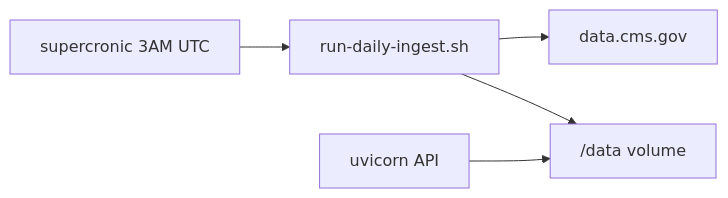
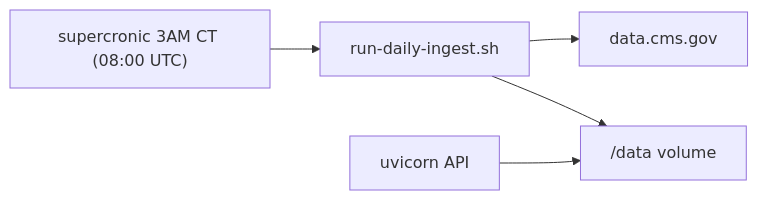
Before and after one commit to SreeCodes2021/Medicare-drug-cost-navigator: the diagram in docs/deployment.md, drawn with Mermaid. The commit also changed 4 other files, not shown here.

````diff
--- a/docs/deployment.md
+++ b/docs/deployment.md
@@ -59,13 +59,13 @@
 ```mermaid
 flowchart LR
-    Scheduler["supercronic 3AM UTC"]
+    Scheduler["supercronic 3AM CT (08:00 UTC)"]
     Ingest["run-daily-ingest.sh"]
     CMS[data.cms.gov]
     DataVol["/data volume"]
     API[uvicorn API]
 
     Scheduler --> Ingest
     Ingest --> CMS
     Ingest --> DataVol
     API --> DataVol
 ```
````
